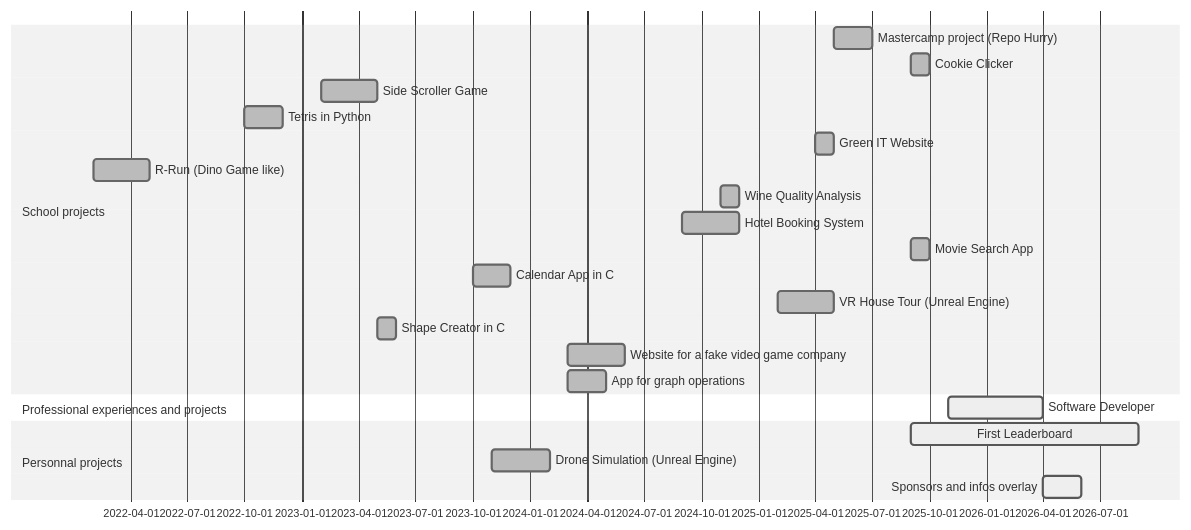
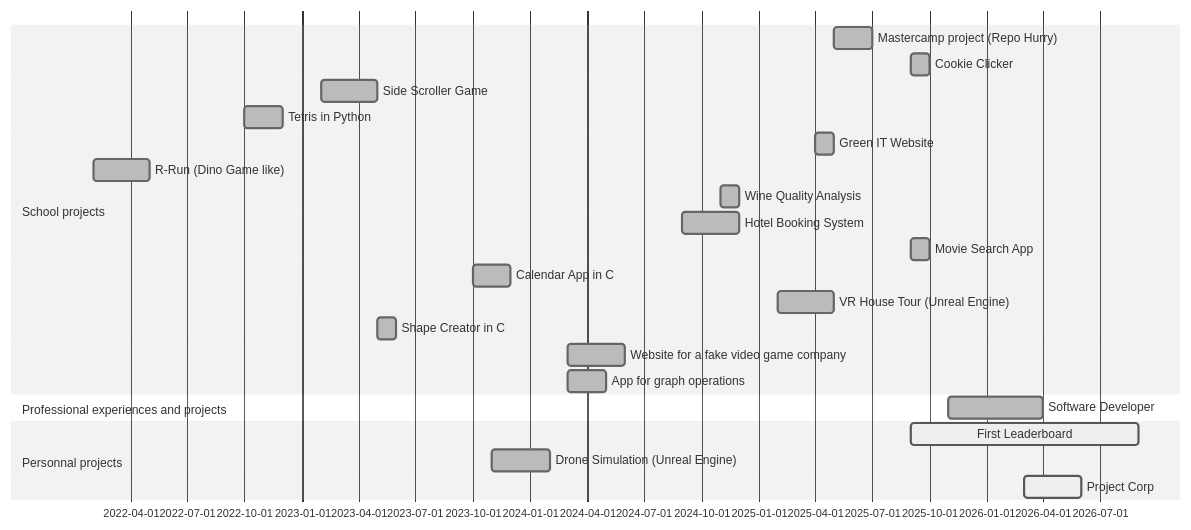
Before and after one commit to Rowuni/Rowuni: the diagram in Readme.md, drawn with Mermaid (neutral theme).

````diff
--- a/Readme.md
+++ b/Readme.md
@@ -183,25 +183,25 @@
 ```mermaid
 gantt
     section School projects
     Mastercamp project (Repo Hurry)       :done, 2025-05, 2025-07
     Cookie Clicker         :done, 2025-09, 2025-10
     Side Scroller Game       :done, 2023-02, 2023-05
     Tetris in Python       :done, 2022-10, 2022-12
     Green IT Website       :done, 2025-04, 2025-05
     R-Run (Dino Game like)       :done, 2022-02, 2022-05
     Wine Quality Analysis       :done, 2024-11, 2024-12
     Hotel Booking System       :done, 2024-09, 2024-12
     Movie Search App       :done, 2025-09, 2025-10
     Calendar App in C      :done, 2023-10, 2023-12
     VR House Tour (Unreal Engine)       :done, 2025-02, 2025-05
     Shape Creator in C       :done, 2023-05, 2023-06
     Website for a fake video game company       :done, 2024-03, 2024-06
     App for graph operations       :done, 2024-03, 2024-05
     dateFormat  YYYY-MM
     section Professional experiences and projects
-    Software Developer           :active, 2025-11, 2026-04
+    Software Developer           :done, 2025-11, 2026-04
     section Personnal projects
     First Leaderboard       :active, 2025-09, 2026-09
     Drone Simulation (Unreal Engine)       :done, 2023-11, 2024-02
-    Sponsors and infos overlay       :active, 2026-04, 2026-06
+    Project Corp       :active, 2026-03, 2026-06
 ```
````
